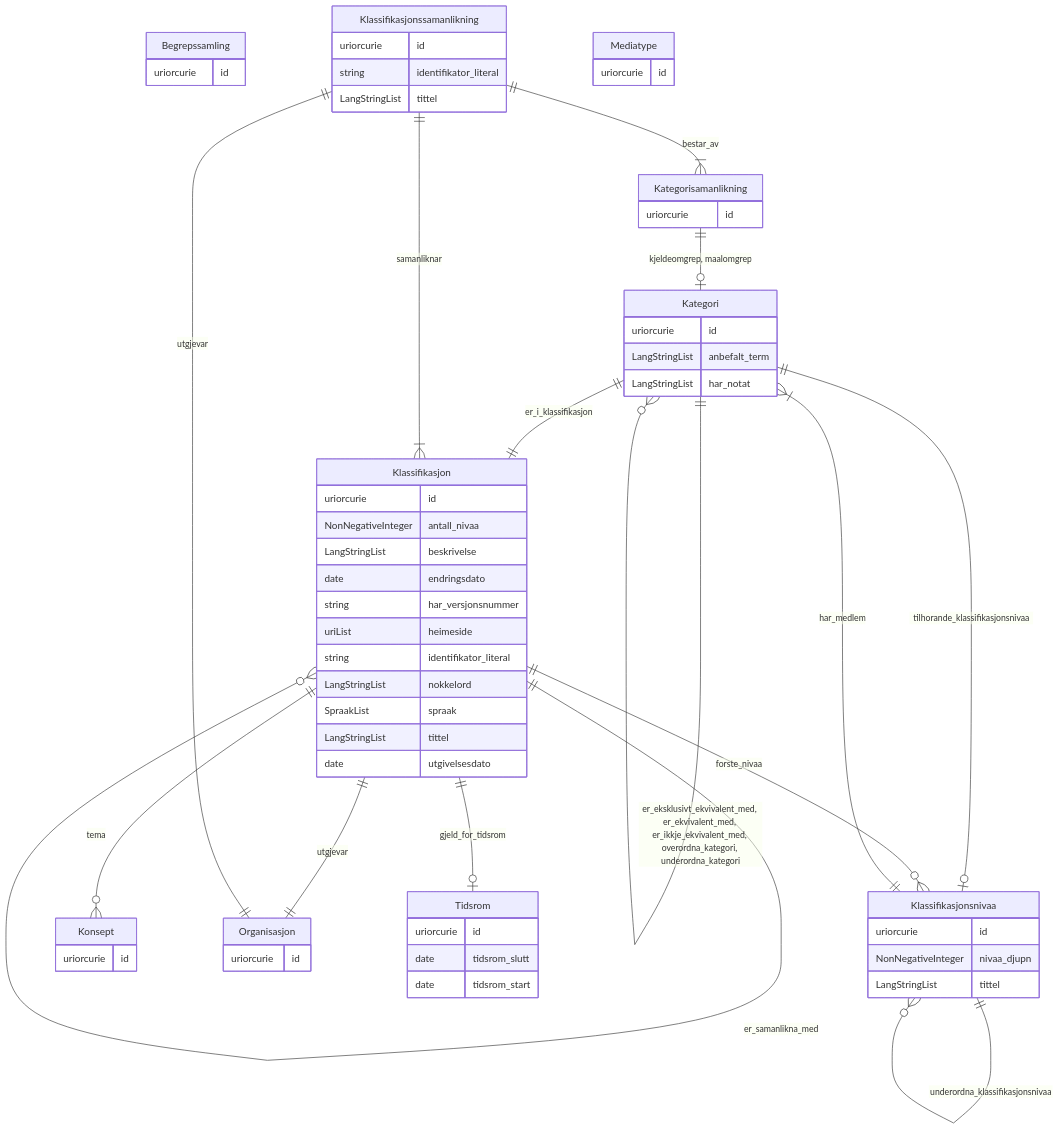
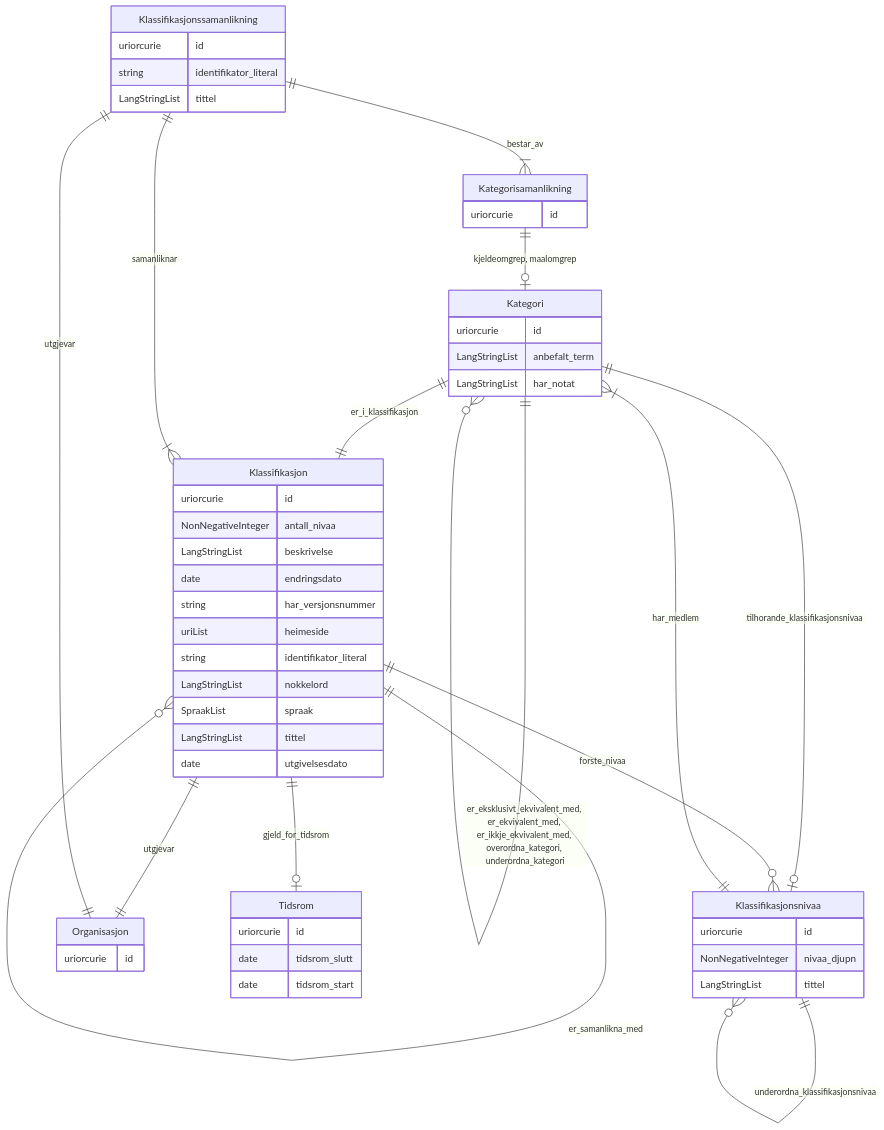
One commit to brreg/linkml-w3c-no-profiles changed the diagram in mkdocs/docs/ap-no/xkos-ap-no/xkos-ap-no-erdiagram.md. Above: the diagram before and after it, drawn with Mermaid. The commit also changed 807 other files, not shown here.

Commit message:
gen-doc: endre generering av docs slik at index.html grupperer klasser som er i subset Obligatorisk først, fulgt av Anbefalt og Valgfri

````diff
--- a/mkdocs/docs/ap-no/xkos-ap-no/xkos-ap-no-erdiagram.md
+++ b/mkdocs/docs/ap-no/xkos-ap-no/xkos-ap-no-erdiagram.md
@@ -1,67 +1,58 @@
 ```mermaid
 erDiagram
-Begrepssamling {
-    uriorcurie id  
-}
 Kategori {
     uriorcurie id  
     LangStringList anbefalt_term  
     LangStringList har_notat  
 }
 Kategorisamanlikning {
     uriorcurie id  
 }
 Klassifikasjon {
     uriorcurie id  
     NonNegativeInteger antall_nivaa  
     LangStringList beskrivelse  
     date endringsdato  
     string har_versjonsnummer  
     uriList heimeside  
     string identifikator_literal  
     LangStringList nokkelord  
     SpraakList spraak  
     LangStringList tittel  
     date utgivelsesdato  
 }
 Klassifikasjonsnivaa {
     uriorcurie id  
     NonNegativeInteger nivaa_djupn  
     LangStringList tittel  
 }
 Klassifikasjonssamanlikning {
     uriorcurie id  
     string identifikator_literal  
     LangStringList tittel  
 }
-Konsept {
-    uriorcurie id  
-}
-Mediatype {
-    uriorcurie id  
-}
 Organisasjon {
     uriorcurie id  
 }
 Tidsrom {
     uriorcurie id  
     date tidsrom_slutt  
     date tidsrom_start  
 }
 
 Kategori ||--|o Klassifikasjonsnivaa : "tilhorande_klassifikasjonsnivaa"
 Kategori ||--|| Klassifikasjon : "er_i_klassifikasjon"
 Kategori ||--}o Kategori : "er_eksklusivt_ekvivalent_med, er_ekvivalent_med, er_ikkje_ekvivalent_med, overordna_kategori, underordna_kategori"
 Kategorisamanlikning ||--|o Kategori : "kjeldeomgrep, maalomgrep"
 Klassifikasjon ||--|o Tidsrom : "gjeld_for_tidsrom"
 Klassifikasjon ||--|| Organisasjon : "utgjevar"
 Klassifikasjon ||--}o Klassifikasjon : "er_samanlikna_med"
 Klassifikasjon ||--}o Klassifikasjonsnivaa : "forste_nivaa"
-Klassifikasjon ||--}o Konsept : "tema"
 Klassifikasjonsnivaa ||--}o Klassifikasjonsnivaa : "underordna_klassifikasjonsnivaa"
 Klassifikasjonsnivaa ||--}| Kategori : "har_medlem"
 Klassifikasjonssamanlikning ||--|| Organisasjon : "utgjevar"
 Klassifikasjonssamanlikning ||--}| Kategorisamanlikning : "bestar_av"
 Klassifikasjonssamanlikning ||--}| Klassifikasjon : "samanliknar"
 
+
 ```
````
